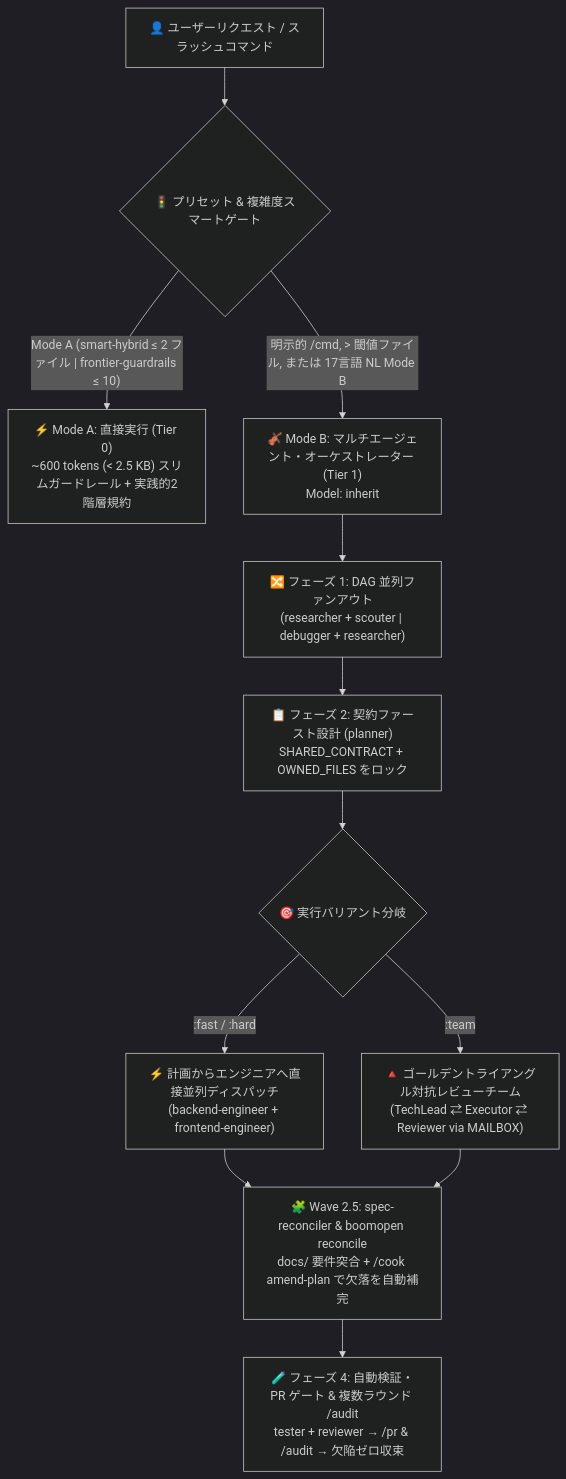
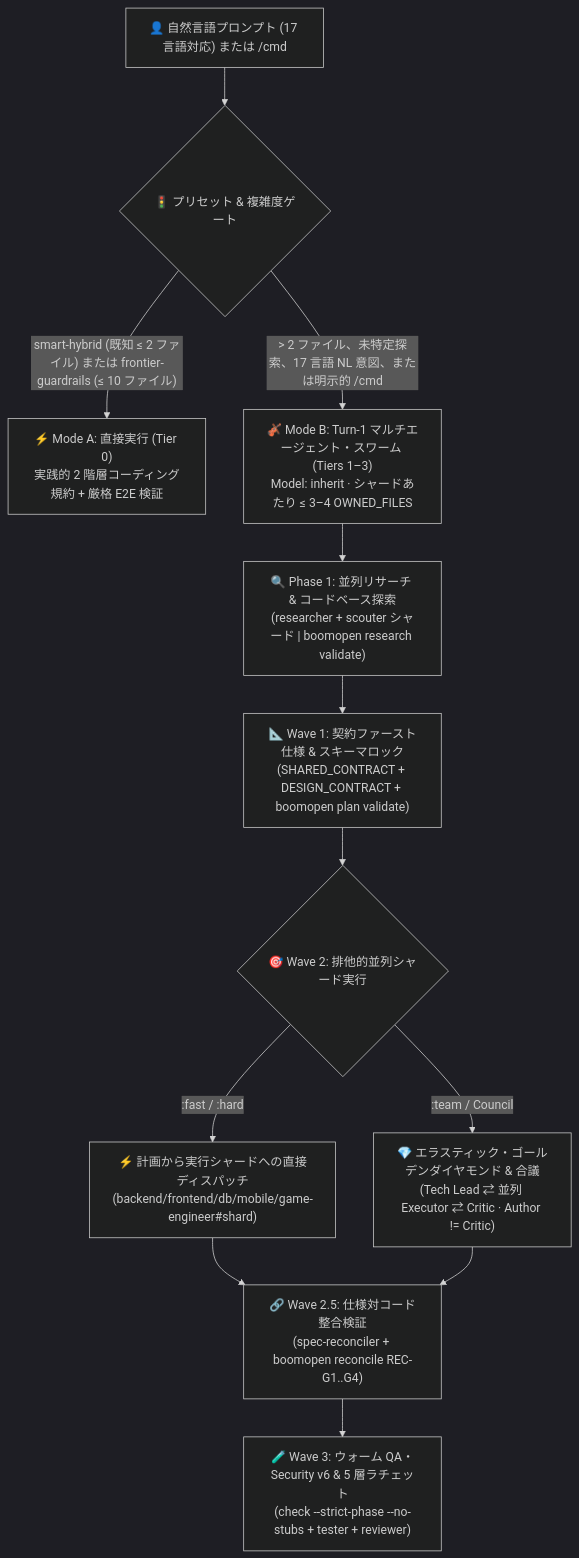
One commit to Kennyboom/BoomOpen-Workflow-Kit-Pro changed the diagram in i18n/README.ja.md. Above: the diagram before and after it, drawn with Mermaid (dark theme). The commit also changed other lines of this file and 21 other files, not shown here.

````diff
--- a/i18n/README.ja.md
+++ b/i18n/README.ja.md
@@ -57,17 +94,17 @@
 ```mermaid
 flowchart TD
-    User["👤 ユーザーリクエスト / スラッシュコマンド"] --> Gate{"🚦 プリセット & 複雑度スマートゲート"}
-    Gate -->|"Mode A (smart-hybrid ≤ 2 ファイル | frontier-guardrails ≤ 10)"| ModeA["⚡ Mode A: 直接実行 (Tier 0)<br/>~600 tokens (< 2.5 KB) スリムガードレール + 実践的2階層規約"]
-    Gate -->|"明示的 /cmd, > 閾値ファイル, または 17言語 NL Mode B"| ModeB["🎻 Mode B: マルチエージェント・オーケストレーター (Tier 1)<br/>Model: inherit"]
+    User["👤 自然言語プロンプト (17 言語対応) または /cmd"] --> Gate{"🚦 プリセット & 複雑度ゲート"}
+    Gate -->|"smart-hybrid (既知 ≤ 2 ファイル) または frontier-guardrails (≤ 10 ファイル)"| ModeA["⚡ Mode A: 直接実行 (Tier 0)<br/>実践的 2 階層コーディング規約 + 厳格 E2E 検証"]
+    Gate -->|"> 2 ファイル、未特定探索、17 言語 NL 意図、または明示的 /cmd"| ModeB["🎻 Mode B: Turn-1 マルチエージェント・スワーム (Tiers 1–3)<br/>Model: inherit · シャードあたり ≤ 3–4 OWNED_FILES"]
 
-    ModeB --> FanOut["🔀 フェーズ 1: DAG 並列ファンアウト<br/>(researcher + scouter | debugger + researcher)"]
-    FanOut --> Plan["📋 フェーズ 2: 契約ファースト設計 (planner)<br/>SHARED_CONTRACT + OWNED_FILES をロック"]
-    Plan --> Dispatch{"🎯 実行バリアント分岐"}
+    ModeB --> Wave0["🔍 Phase 1: 並列リサーチ & コードベース探索<br/>(researcher + scouter シャード | boomopen research validate)"]
+    Wave0 --> Wave1["📐 Wave 1: 契約ファースト仕様 & スキーマロック<br/>(SHARED_CONTRACT + DESIGN_CONTRACT + boomopen plan validate)"]
+    Wave1 --> Wave2{"🎯 Wave 2: 排他的並列シャード実行"}
 
-    Dispatch -->|":fast / :hard"| Direct["⚡ 計画からエンジニアへ直接並列ディスパッチ<br/>(backend-engineer + frontend-engineer)"]
-    Dispatch -->|":team"| Triangle["🔺 ゴールデントライアングル対抗レビューチーム<br/>(TechLead ⇄ Executor ⇄ Reviewer via MAILBOX)"]
+    Wave2 -->|":fast / :hard"| Direct["⚡ 計画から実行シャードへの直接ディスパッチ<br/>(backend/frontend/db/mobile/game-engineer#shard)"]
+    Wave2 -->|":team / Council"| Diamond["💎 エラスティック・ゴールデンダイヤモンド & 合議<br/>(Tech Lead ⇄ 並列 Executor ⇄ Critic · Author != Critic)"]
 
-    Direct --> Reconcile["🧩 Wave 2.5: spec-reconciler & boomopen reconcile<br/>docs/ 要件突合 + /cook amend-plan で欠落を自動補完"]
-    Triangle --> Reconcile
-    Reconcile --> Verify["🧪 フェーズ 4: 自動検証・PR ゲート & 複数ラウンド /audit<br/>tester + reviewer → /pr & /audit → 欠陥ゼロ収束"]
+    Direct --> Wave25["🔗 Wave 2.5: 仕様対コード整合検証<br/>(spec-reconciler + boomopen reconcile REC-G1..G4)"]
+    Diamond --> Wave25
+    Wave25 --> Wave3["🧪 Wave 3: ウォーム QA・Security v6 & 5 層ラチェット<br/>(check --strict-phase --no-stubs + tester + reviewer)"]
 ```
````
